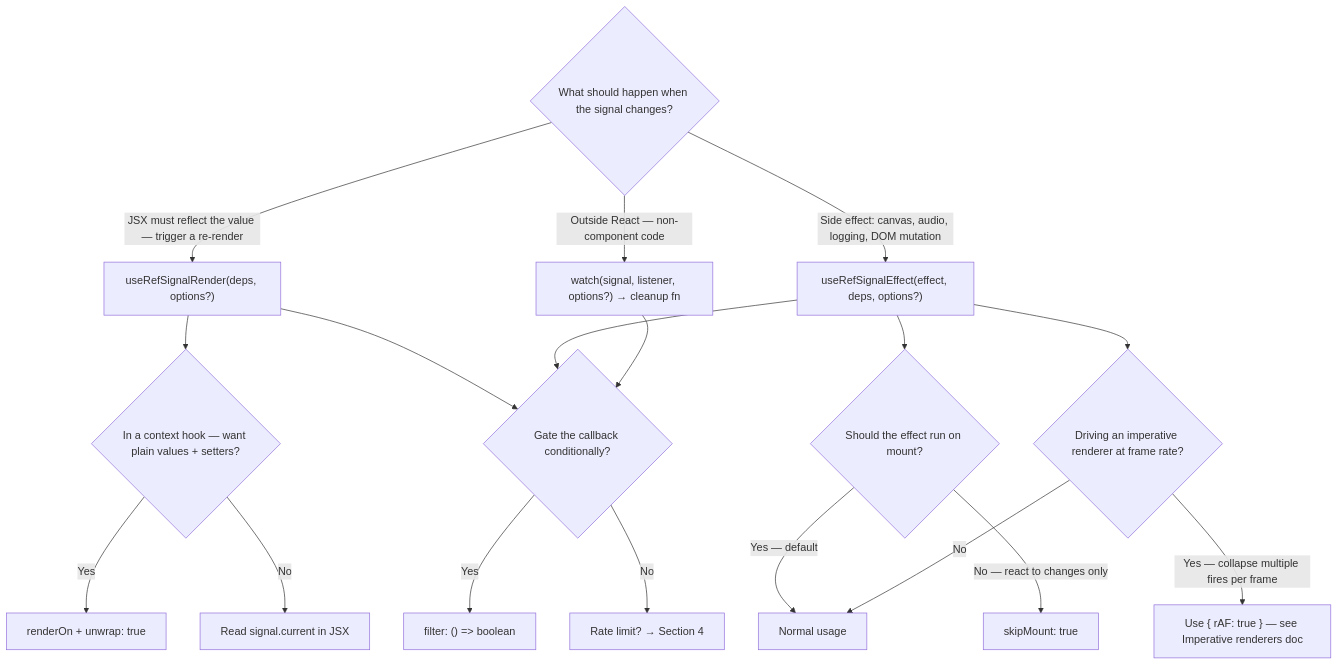
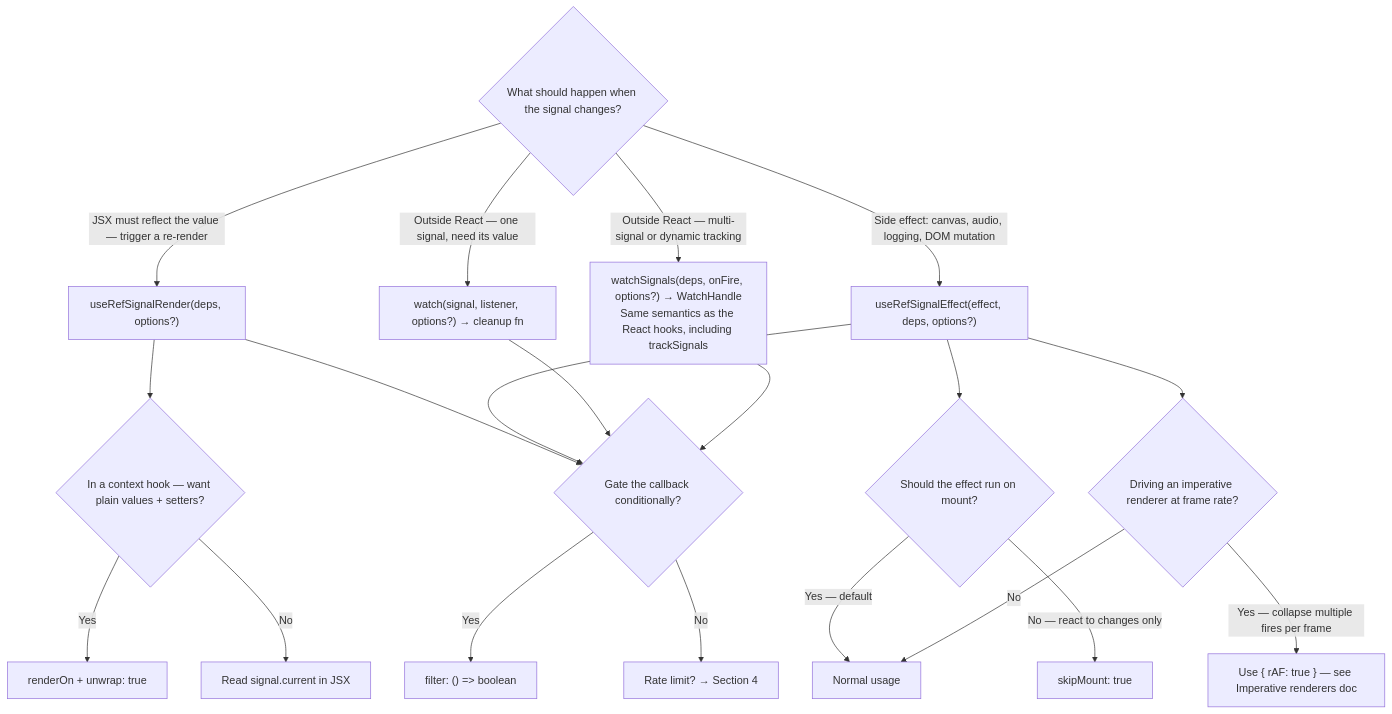
Before and after one commit to jav974/react-refsignal: the third of 11 diagrams in docs/decision-tree.md, drawn with Mermaid. The commit also changed other lines of this file and 9 other files, not shown here.

First line of the commit message:
feat: expose watchSignals as the public non-React primitive

````diff
--- a/docs/decision-tree.md
+++ b/docs/decision-tree.md
@@ -66,24 +66,25 @@
 ```mermaid
 flowchart TD
     Q1{"What should happen when the signal changes?"}
 
     Q1 -->|"JSX must reflect the value — trigger a re-render"| A["useRefSignalRender(deps, options?)"]
     Q1 -->|"Side effect: canvas, audio, logging, DOM mutation"| B["useRefSignalEffect(effect, deps, options?)"]
-    Q1 -->|"Outside React — non-component code"| C["watch(signal, listener, options?) → cleanup fn"]
+    Q1 -->|"Outside React — one signal, need its value"| C["watch(signal, listener, options?) → cleanup fn"]
+    Q1 -->|"Outside React — multi-signal or dynamic tracking"| CS["watchSignals(deps, onFire, options?) → WatchHandle\nSame semantics as the React hooks, including trackSignals"]
 
     A --> Q2{"In a context hook — want plain values + setters?"}
     Q2 -->|Yes| D["renderOn + unwrap: true"]
     Q2 -->|No| E["Read signal.current in JSX"]
 
     B --> Q3{"Should the effect run on mount?"}
     Q3 -->|"Yes — default"| F[Normal usage]
     Q3 -->|"No — react to changes only"| G["skipMount: true"]
 
     B --> Q3b{"Driving an imperative renderer at frame rate?"}
     Q3b -->|"Yes — collapse multiple fires per frame"| Ga["Use { rAF: true } — see Imperative renderers doc"]
     Q3b -->|No| F
 
-    A & B & C --> Q4{"Gate the callback conditionally?"}
+    A & B & C & CS --> Q4{"Gate the callback conditionally?"}
     Q4 -->|Yes| H["filter: () => boolean"]
     Q4 -->|No| I["Rate limit? → Section 4"]
 ```
````
